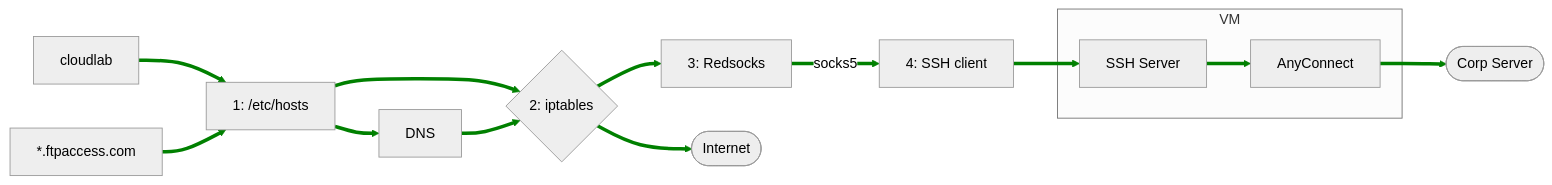
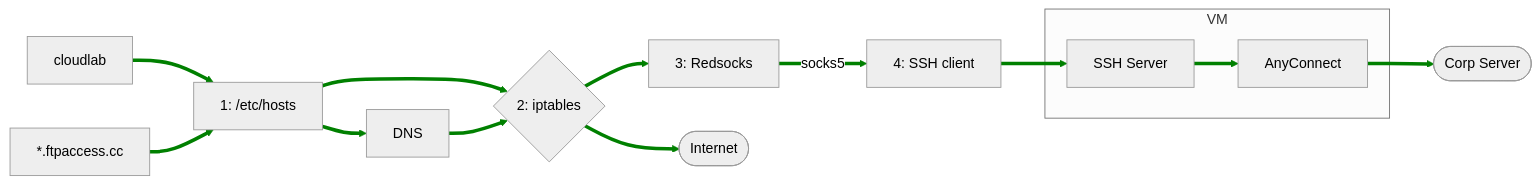
The diagram in docs/nix.md (kyokley/nix-demo), drawn with Mermaid before and after one commit. The commit also changed other lines of this file, not shown here.

````diff
--- a/docs/nix.md
+++ b/docs/nix.md
@@ -102,29 +102,29 @@
 ```mermaid
 %%{init: {'theme': 'neutral', "flowchart" : { "curve" : "basis" } } }%%
 
 graph LR
     VPN_REQUEST["cloudlab"]
-    INTERNET_REQUEST["*.ftpaccess.com"]
+    INTERNET_REQUEST["*.ftpaccess.cc"]
 
     VPN_REQUEST --> ETC_HOSTS["1: /etc/hosts"]
     INTERNET_REQUEST --> ETC_HOSTS
 
     IP_TABLES{"2: iptables"}
 
     ETC_HOSTS --> IP_TABLES
     ETC_HOSTS --> DNS
 
     DNS --> IP_TABLES
 
     IP_TABLES --> REDSOCKS["3: Redsocks"]
     subgraph "VM"
         SSH["SSH Server"] --> AnyConnect
     end
     REDSOCKS --> |socks5| SSH_CLIENT["4: SSH client"]
     SSH_CLIENT --> SSH
     AnyConnect --> OVPN(["Corp Server"])
 
     IP_TABLES --> INTERNET([Internet])
 
 linkStyle default stroke-width:4px,fill:none,stroke:green;
 ```
````
